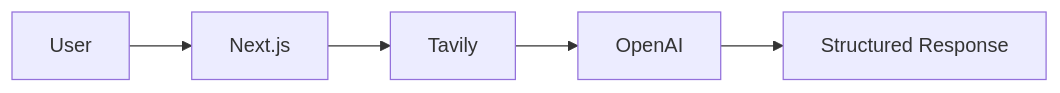
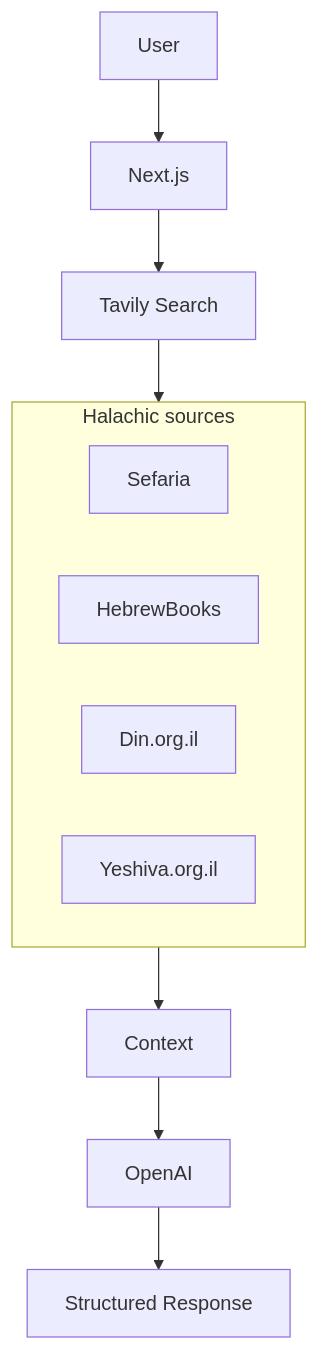
Before and after one commit to theben4x/halacha-ai: the diagram in README.md, drawn with Mermaid. The commit also changed other lines of this file, not shown here.

Commit message:
Add specific religious sources to architecture and features

````diff
--- a/README.md
+++ b/README.md
@@ -25,7 +40,15 @@
 ```mermaid
-flowchart LR
+flowchart TB
   A[User] --> B[Next.js]
-  B --> C[Tavily]
-  C --> D[OpenAI]
-  D --> E[Structured Response]
+  B --> T[Tavily Search]
+  subgraph sources["Halachic sources"]
+    S1[Sefaria]
+    S2[HebrewBooks]
+    S3[Din.org.il]
+    S4[Yeshiva.org.il]
+  end
+  T --> sources
+  sources --> C[Context]
+  C --> O[OpenAI]
+  O --> R[Structured Response]
 ```
````
